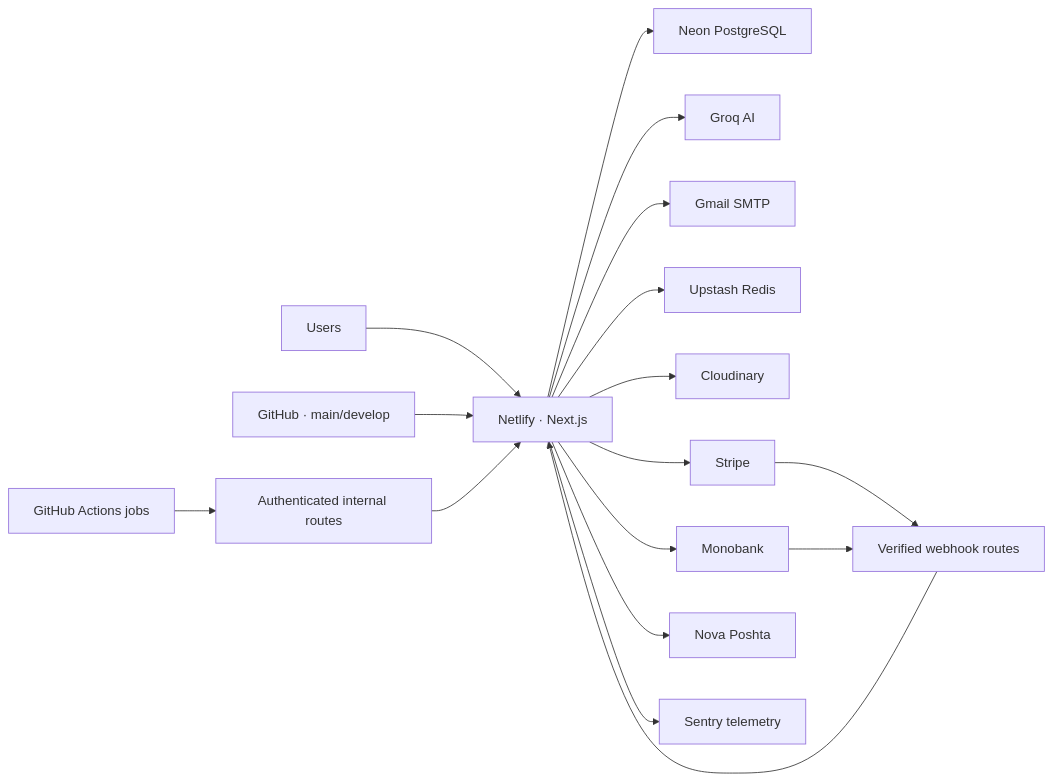
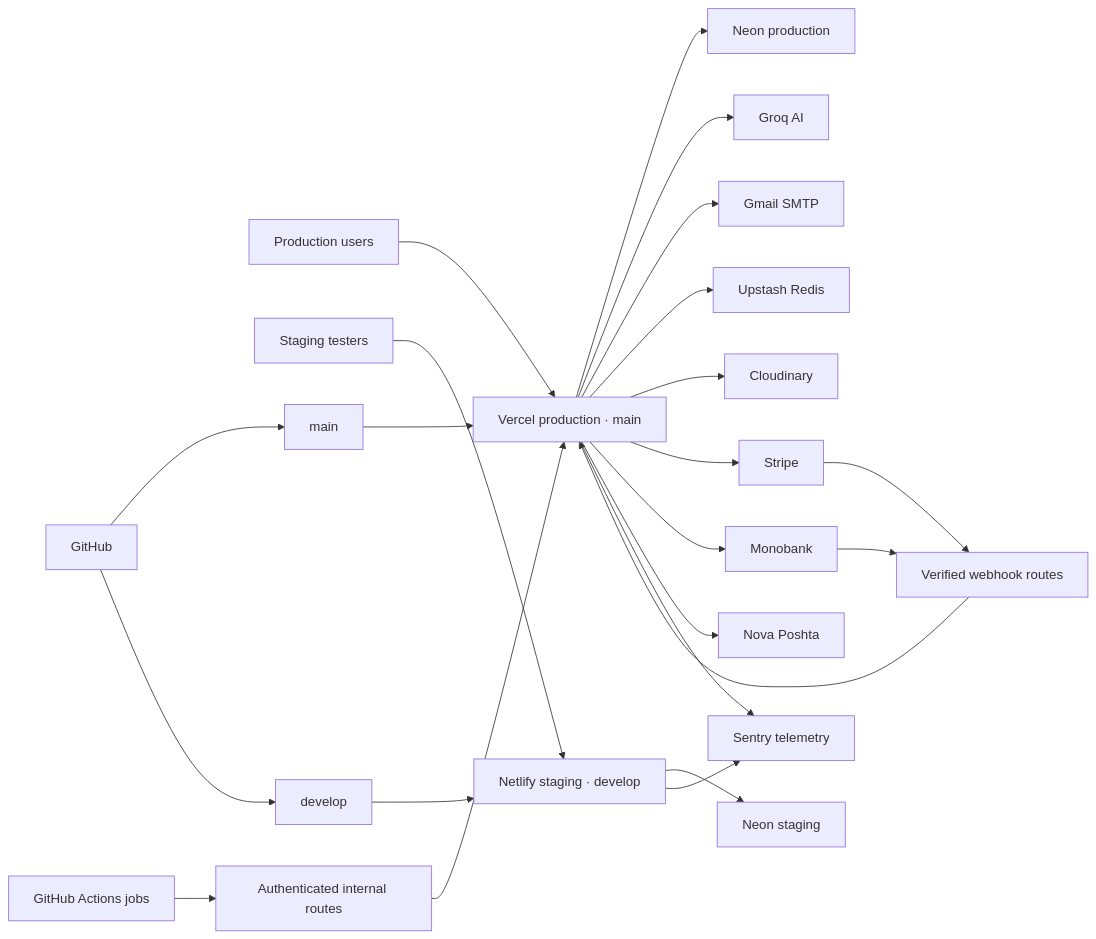
The diagram in RUNBOOK.md (DevLoversTeam/devlovers.net), drawn with Mermaid before and after one commit. The commit also changed other lines of this file and 1 other file, not shown here.

Commit message:
docs: clarify production and staging hosting

````diff
--- a/RUNBOOK.md
+++ b/RUNBOOK.md
@@ -74,19 +75,25 @@
 ```mermaid
 flowchart LR
-    User["Users"] --> Netlify["Netlify · Next.js"]
-    GitHub["GitHub · main/develop"] --> Netlify
-    Netlify --> Neon["Neon PostgreSQL"]
-    Netlify --> Groq["Groq AI"]
-    Netlify --> Email["Gmail SMTP"]
-    Netlify --> Redis["Upstash Redis"]
-    Netlify --> Cloudinary["Cloudinary"]
-    Netlify --> Stripe["Stripe"]
-    Netlify --> Mono["Monobank"]
-    Netlify --> NP["Nova Poshta"]
+    User["Production users"] --> Vercel["Vercel production · main"]
+    Tester["Staging testers"] --> Netlify["Netlify staging · develop"]
+    GitHub["GitHub"] --> Main["main"]
+    GitHub --> Develop["develop"]
+    Main --> Vercel
+    Develop --> Netlify
+    Vercel --> NeonProd["Neon production"]
+    Netlify --> NeonStage["Neon staging"]
+    Vercel --> Groq["Groq AI"]
+    Vercel --> Email["Gmail SMTP"]
+    Vercel --> Redis["Upstash Redis"]
+    Vercel --> Cloudinary["Cloudinary"]
+    Vercel --> Stripe["Stripe"]
+    Vercel --> Mono["Monobank"]
+    Vercel --> NP["Nova Poshta"]
     Stripe --> Webhooks["Verified webhook routes"]
     Mono --> Webhooks
-    Webhooks --> Netlify
+    Webhooks --> Vercel
     Actions["GitHub Actions jobs"] --> Internal["Authenticated internal routes"]
-    Internal --> Netlify
-    Netlify --> Sentry["Sentry telemetry"]
+    Internal --> Vercel
+    Vercel --> Sentry["Sentry telemetry"]
+    Netlify --> Sentry
 ```
````
